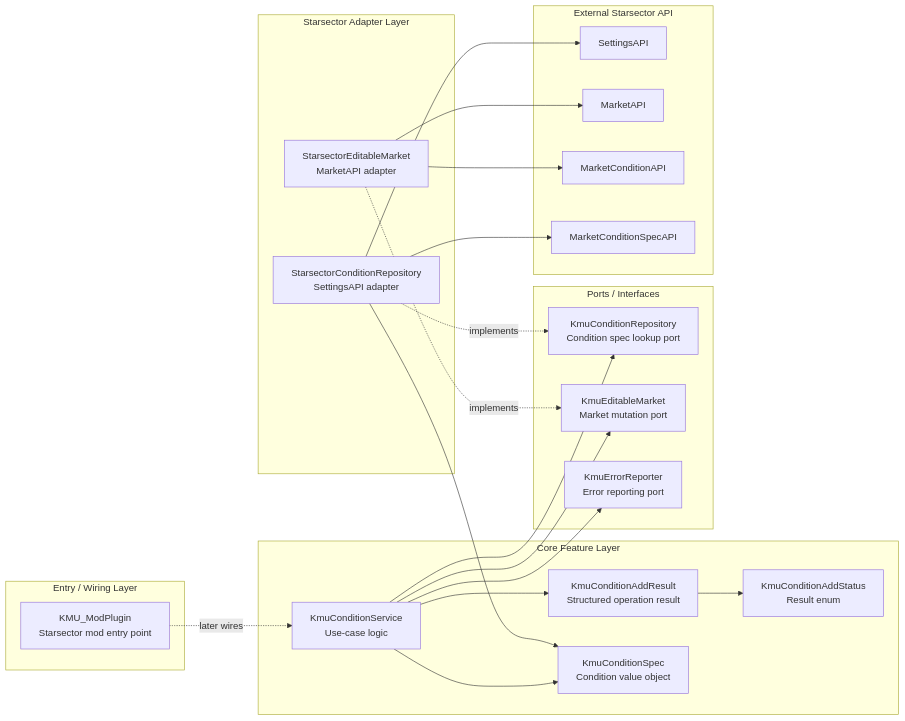
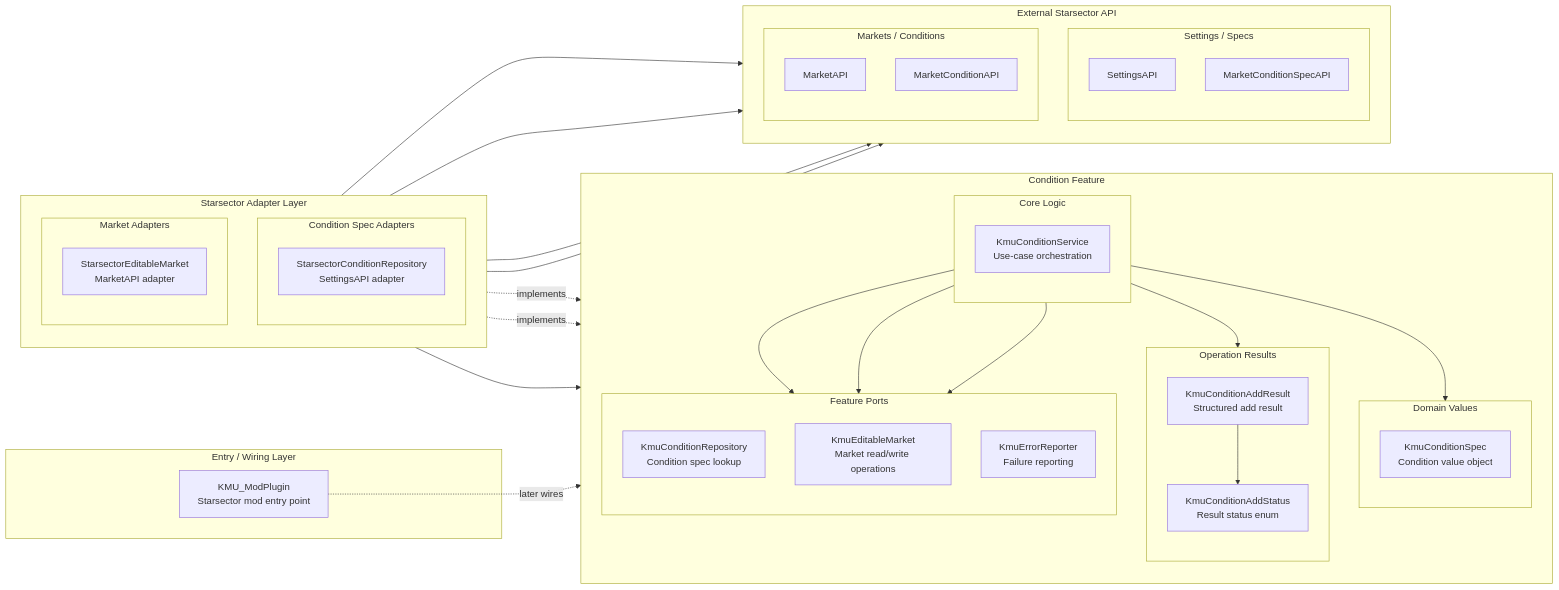
The diagram in docs/dev/architecture.md (Klark-Morrigan/Starsector-Mod-KMU), drawn with Mermaid before and after one commit.

Commit message:
docs: restructure class diagram

```diff
--- a/docs/dev/architecture.md
+++ b/docs/dev/architecture.md
@@ -11,29 +11,61 @@
         Plugin["KMU_ModPlugin<br/>Starsector mod entry point"]
     end
 
-    subgraph Core["Core Feature Layer"]
-        Service["KmuConditionService<br/>Use-case logic"]
-        Result["KmuConditionAddResult<br/>Structured operation result"]
-        Status["KmuConditionAddStatus<br/>Result enum"]
-        Spec["KmuConditionSpec<br/>Condition value object"]
-    end
+    subgraph Feature["Condition Feature"]
+        direction TB
 
-    subgraph Ports["Ports / Interfaces"]
-        RepositoryPort["KmuConditionRepository<br/>Condition spec lookup port"]
-        MarketPort["KmuEditableMarket<br/>Market mutation port"]
-        ReporterPort["KmuErrorReporter<br/>Error reporting port"]
+        subgraph Core["Core Logic"]
+            direction TB
+            Service["KmuConditionService<br/>Use-case orchestration"]
+        end
+
+        subgraph Domain["Domain Values"]
+            direction TB
+            Spec["KmuConditionSpec<br/>Condition value object"]
+        end
+
+        subgraph Results["Operation Results"]
+            direction TB
+            Result["KmuConditionAddResult<br/>Structured add result"]
+            Status["KmuConditionAddStatus<br/>Result status enum"]
+        end
+
+        subgraph Ports["Feature Ports"]
+            direction TB
+            RepositoryPort["KmuConditionRepository<br/>Condition spec lookup"]
+            MarketPort["KmuEditableMarket<br/>Market read/write operations"]
+            ReporterPort["KmuErrorReporter<br/>Failure reporting"]
+        end
     end
 
     subgraph Adapters["Starsector Adapter Layer"]
-        RepositoryAdapter["StarsectorConditionRepository<br/>SettingsAPI adapter"]
-        MarketAdapter["StarsectorEditableMarket<br/>MarketAPI adapter"]
+        direction TB
+
+        subgraph RepositoryAdapters["Condition Spec Adapters"]
+            direction TB
+            RepositoryAdapter["StarsectorConditionRepository<br/>SettingsAPI adapter"]
+        end
+
+        subgraph MarketAdapters["Market Adapters"]
+            direction TB
+            MarketAdapter["StarsectorEditableMarket<br/>MarketAPI adapter"]
+        end
     end
 
     subgraph External["External Starsector API"]
-        SettingsAPI["SettingsAPI"]
-        MarketAPI["MarketAPI"]
-        MarketConditionAPI["MarketConditionAPI"]
-        MarketConditionSpecAPI["MarketConditionSpecAPI"]
+        direction TB
+
+        subgraph SettingsApiGroup["Settings / Specs"]
+            direction TB
+            SettingsAPI["SettingsAPI"]
+            MarketConditionSpecAPI["MarketConditionSpecAPI"]
+        end
+
+        subgraph MarketApiGroup["Markets / Conditions"]
+            direction TB
+            MarketAPI["MarketAPI"]
+            MarketConditionAPI["MarketConditionAPI"]
+        end
     end
 
     Plugin -. later wires .-> Service
```
